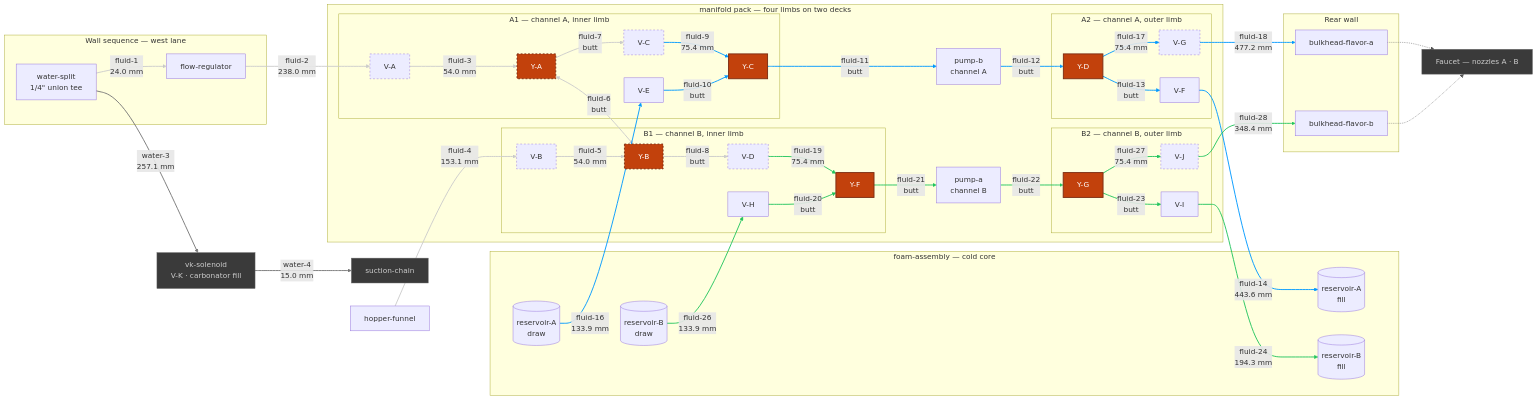
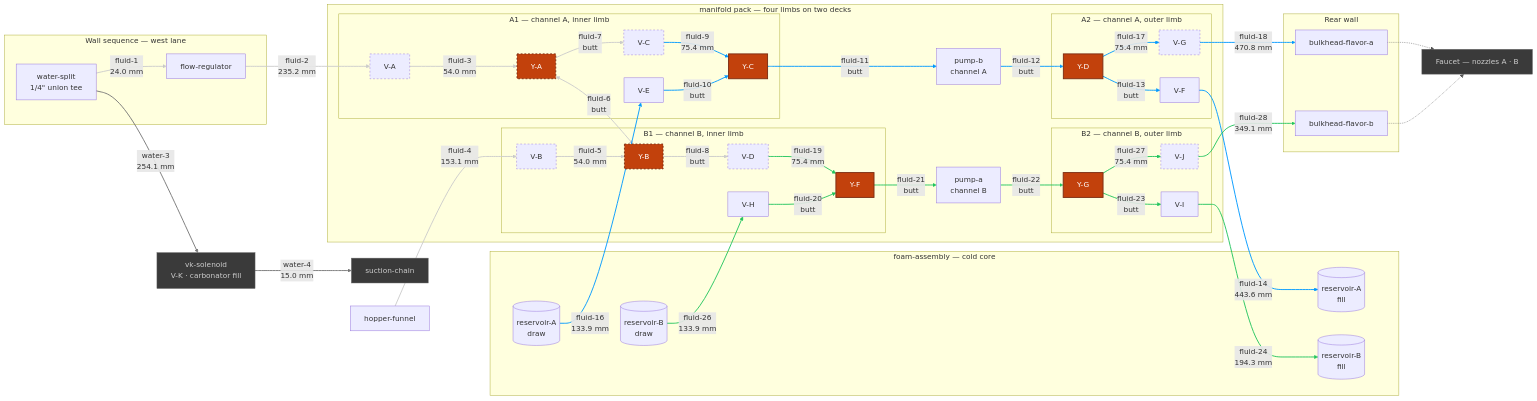
One commit to derekbreden/homesodamachine changed the diagram in hardware/topology/fluid-topology-manifold.mmd. Above: the diagram before and after it, drawn with Mermaid. The commit also changed 10 other files, not shown here.

```diff
--- a/hardware/topology/fluid-topology-manifold.mmd
+++ b/hardware/topology/fluid-topology-manifold.mmd
@@ -14,8 +14,8 @@
   %% [26](SEGMENT_COUNT) flavor segments. [11](BUTT_COUNT) are collet butted to collet and carry
   %% no tube at all; [9](DRAWN_COUNT) are swept runs between placed bodies; the rest are the
   %% hinge's four hairpins and the source pair's two quarter-and-step turns. What is cut comes to
-  %% [2556.0 mm](FLUID_TOTAL) of 1/4" LLDPE over [39](FLUID_BENDS) corners, and the longest is
-  %% [fluid-18](LONGEST_ID) at [477.2 mm](LONGEST_LEN). [0](OPEN_COUNT) are mouths with nothing
+  %% [2547.5 mm](FLUID_TOTAL) of 1/4" LLDPE over [39](FLUID_BENDS) corners, and the longest is
+  %% [fluid-18](LONGEST_ID) at [470.8 mm](LONGEST_LEN). [0](OPEN_COUNT) are mouths with nothing
   %% on the far end of them: EVERY FLAVOR SEGMENT IN THIS CHART IS MADE. The hopper's gravity
   %% drain is drawn like the rest — the funnel is seated in the box rather than placed in the
   %% pack, so `fluid-4` is authored after the box exists, off the same frames.
@@ -115,7 +115,7 @@
   %% V-B come off the folded deck's plane on a quarter turn of R14, then step 28 mm further along
   %% the run and 14 mm across it, toward the cold core's crown.
   Split -->|"fluid-1<br/>24.0 mm"| FlowReg
-  FlowReg -->|"fluid-2<br/>238.0 mm"| VA
+  FlowReg -->|"fluid-2<br/>235.2 mm"| VA
   VA -->|"fluid-3<br/>54.0 mm"| YA
   Hopper -->|"fluid-4<br/>153.1 mm"| VB
   VB -->|"fluid-5<br/>54.0 mm"| YB
@@ -138,7 +138,7 @@
   VF -->|"fluid-14<br/>443.6 mm"| ResAFill
   ResA -->|"fluid-16<br/>133.9 mm"| VE
   YD -->|"fluid-17<br/>75.4 mm"| VG
-  VG -->|"fluid-18<br/>477.2 mm"| BhA
+  VG -->|"fluid-18<br/>470.8 mm"| BhA
 
   %% =========================
   %% Channel B — fluid-19 … fluid-28
@@ -154,7 +154,7 @@
   VI -->|"fluid-24<br/>194.3 mm"| ResBFill
   ResB -->|"fluid-26<br/>133.9 mm"| VH
   YG -->|"fluid-27<br/>75.4 mm"| VJ
-  VJ -->|"fluid-28<br/>348.4 mm"| BhB
+  VJ -->|"fluid-28<br/>349.1 mm"| BhB
 
   %% =========================
   %% V-K's own two runs — the carbonator circuit, through this bay
@@ -162,7 +162,7 @@
   %% V-K gates the carbonator fill off the same split fluid-1 leaves. It stands on the cold core's
   %% crown, east of the SeaFlo, and water-3 is the one run in the assembly that crosses the whole
   %% machine — the split is in the west lane, V-K is on the east, and its inlet faces forward.
-  Split -->|"water-3<br/>257.1 mm"| VK
+  Split -->|"water-3<br/>254.1 mm"| VK
   VK -->|"water-4<br/>15.0 mm"| SuctChain
 
   %% =========================
```
